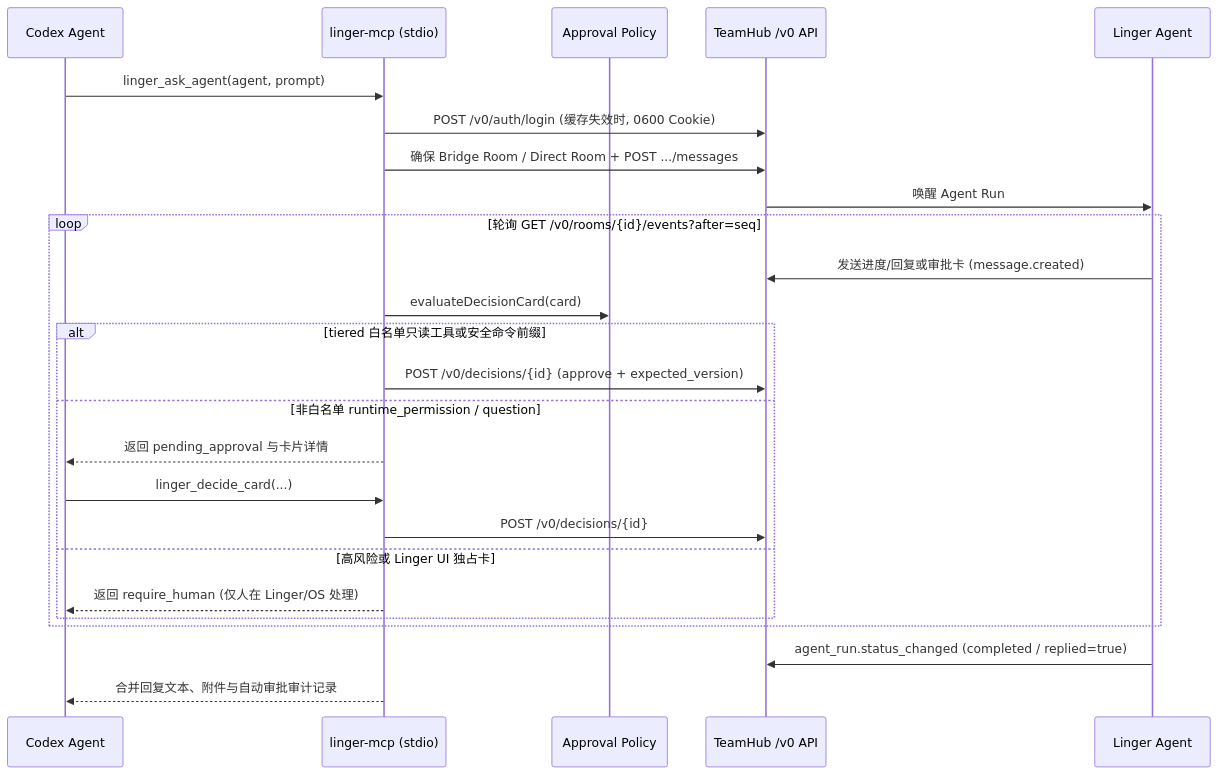
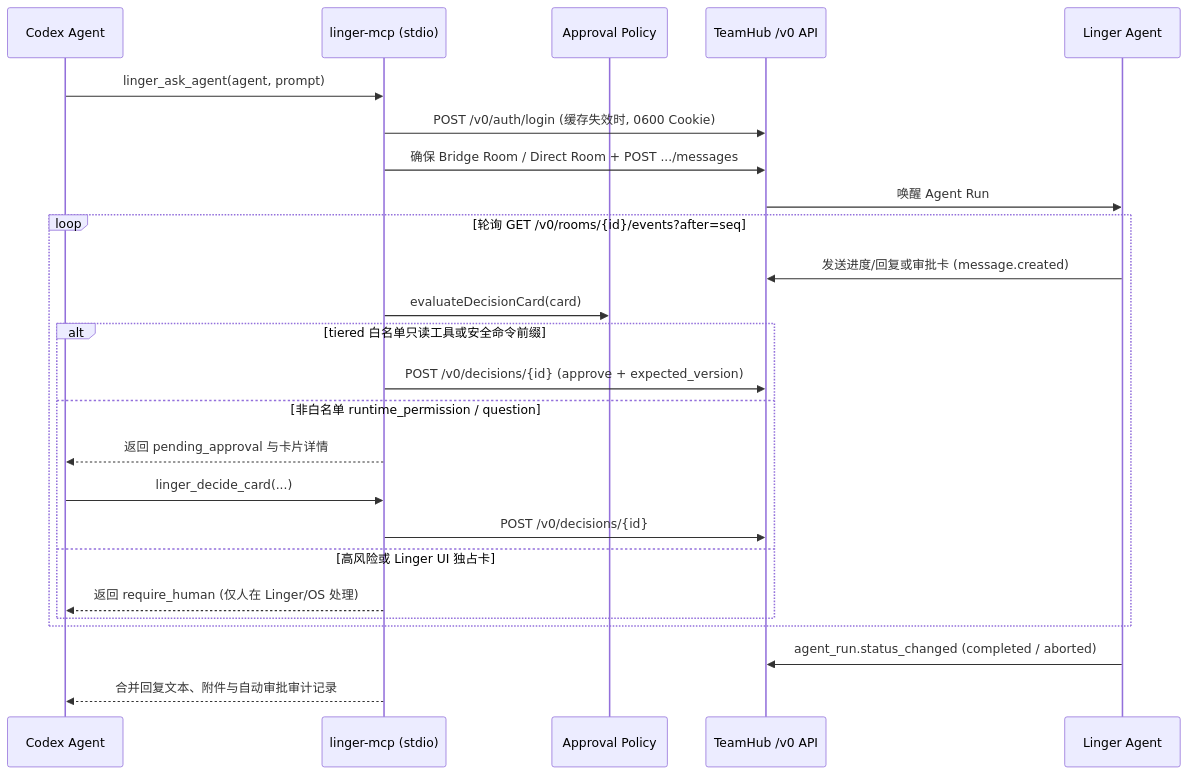
Before and after one commit to Liuji860/linger-mcp: the diagram in README.md, drawn with Mermaid. The commit also changed other lines of this file and 12 other files, not shown here.

````diff
--- a/README.md
+++ b/README.md
@@ -7,28 +7,28 @@
 ```mermaid
 sequenceDiagram
   participant C as Codex Agent
   participant M as linger-mcp (stdio)
   participant P as Approval Policy
   participant T as TeamHub /v0 API
   participant A as Linger Agent
 
   C->>M: linger_ask_agent(agent, prompt)
   M->>T: POST /v0/auth/login (缓存失效时, 0600 Cookie)
   M->>T: 确保 Bridge Room / Direct Room + POST .../messages
   T->>A: 唤醒 Agent Run
   loop 轮询 GET /v0/rooms/{id}/events?after=seq
     A->>T: 发送进度/回复或审批卡 (message.created)
     M->>P: evaluateDecisionCard(card)
     alt tiered 白名单只读工具或安全命令前缀
       M->>T: POST /v0/decisions/{id} (approve + expected_version)
     else 非白名单 runtime_permission / question
       M-->>C: 返回 pending_approval 与卡片详情
       C->>M: linger_decide_card(...)
       M->>T: POST /v0/decisions/{id}
     else 高风险或 Linger UI 独占卡
       M-->>C: 返回 require_human (仅人在 Linger/OS 处理)
     end
   end
-  A->>T: agent_run.status_changed (completed / replied=true)
+  A->>T: agent_run.status_changed (completed / aborted)
   M-->>C: 合并回复文本、附件与自动审批审计记录
 ```
````
